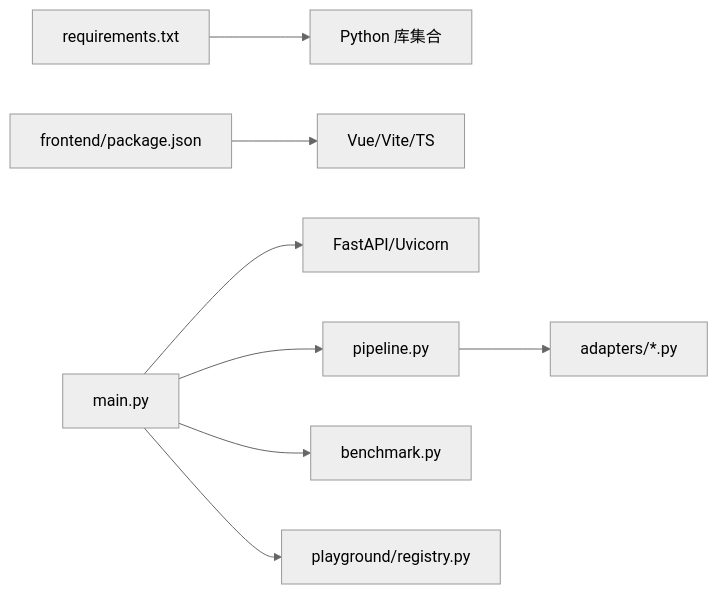
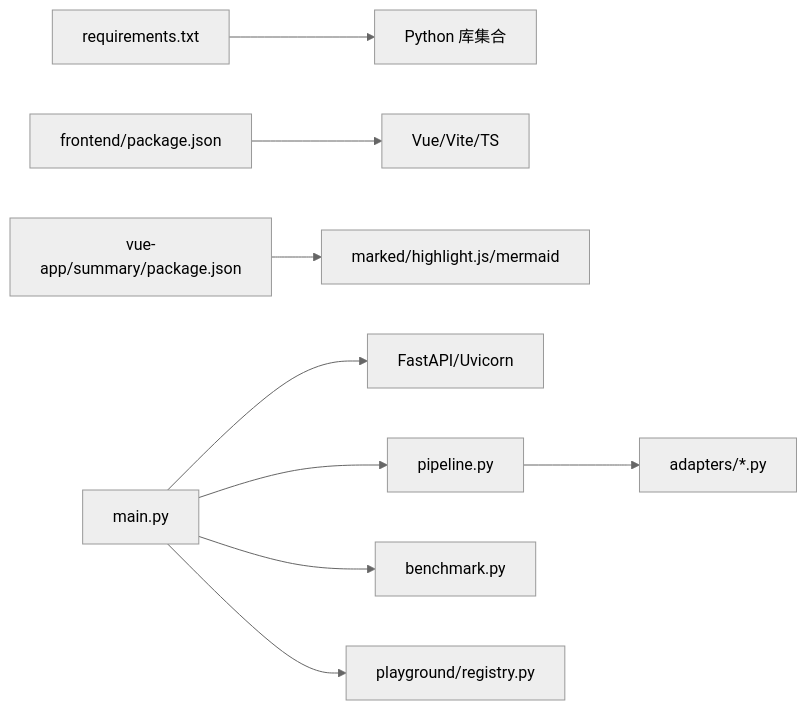
The ninth of 9 diagrams in .qoder/repowiki/zh/content/项目概述/仓库Wiki系统.md (king-l6/agent_application_development), drawn with Mermaid (neutral theme) before and after one commit. The commit also changed other lines of this file and 425 other files, not shown here.

````diff
--- a/.qoder/repowiki/zh/content/项目概述/仓库Wiki系统.md
+++ b/.qoder/repowiki/zh/content/项目概述/仓库Wiki系统.md
@@ -282,10 +396,11 @@
 ```mermaid
 graph LR
 Req["requirements.txt"] --> PyLibs["Python 库集合"]
 FE["frontend/package.json"] --> Vue["Vue/Vite/TS"]
+SummaryFE["vue-app/summary/package.json"] --> SummaryDeps["marked/highlight.js/mermaid"]
 Main["main.py"] --> FastAPI["FastAPI/Uvicorn"]
 Main --> Pipeline["pipeline.py"]
 Pipeline --> Adapters["adapters/*.py"]
 Main --> Bench["benchmark.py"]
 Main --> Play["playground/registry.py"]
 ```
````
